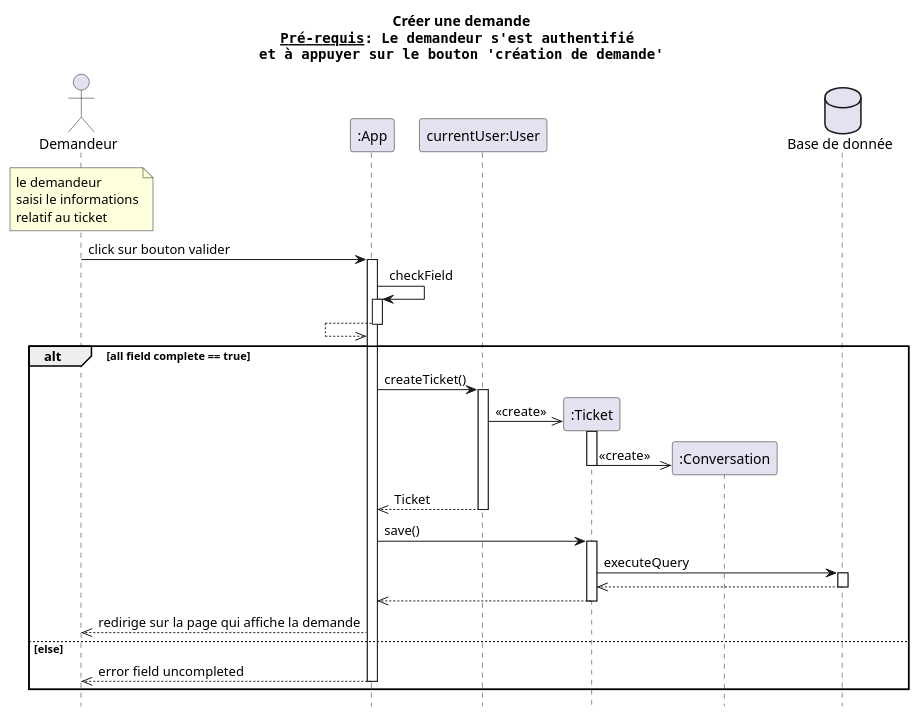
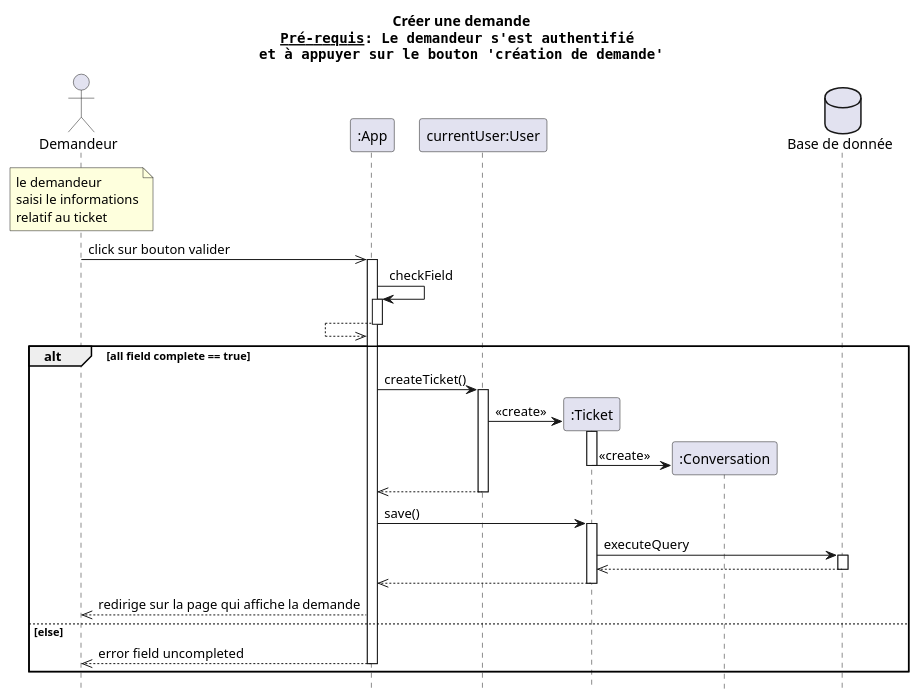
The diagram in docs/UML/diagrammes séquence/creer une demande.puml (dorianleveque/CoHub), drawn with PlantUML before and after one commit. The commit also changed 4 other files, not shown here.

Commit message:
update sequence

```diff
--- a/docs/UML/diagrammes séquence/creer une demande.puml
+++ b/docs/UML/diagrammes séquence/creer une demande.puml
@@ -1,45 +1,45 @@
 @startuml créer une demande
 title Créer une demande\n""__Pré-requis__: Le demandeur s'est authentifié ""\n""et à appuyer sur le bouton 'création de demande'""
 
 actor client as "Demandeur" order 1
 participant app as ":App"   order 2
 participant user as "currentUser:User" order 3
 database bdd as "Base de donnée" order 6
 hide footbox
 
 note over client : le demandeur\nsaisi le informations\nrelatif au ticket
-client -> app: click sur bouton valider
+client ->> app: click sur bouton valider
 activate app
 
 app -> app : checkField
 activate app
 app <<-- app
 deactivate app
 alt all field complete == true
     app -> user: createTicket()
     activate user
     create ticket as ":Ticket" order 4
-    user ->> ticket: <<create>>
+    user -> ticket: <<create>>
     create conv as ":Conversation" order 5 
     activate ticket
-    ticket ->> conv : <<create>>
+    ticket -> conv : <<create>>
     deactivate ticket
-    app <<--user : Ticket
+    app <<--user : 
     deactivate user
 
     app -> ticket: save()
     activate ticket
     ticket -> bdd : executeQuery
     activate bdd
     ticket <<-- bdd
     deactivate bdd
     app <<-- ticket
     deactivate ticket
     client <<-- app: redirige sur la page qui affiche la demande
 else else
     client <<-- app: error field uncompleted
     deactivate app
 end
 
 
 @enduml
```
